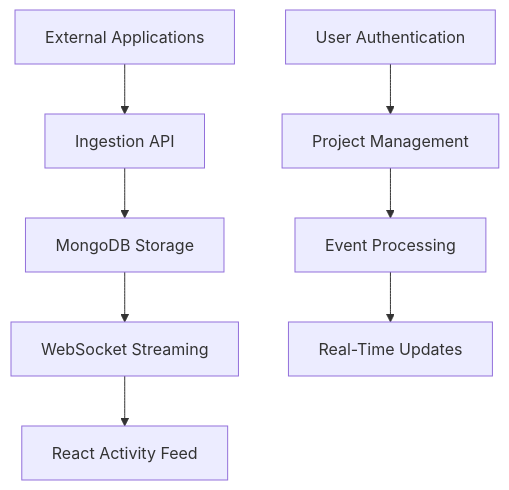
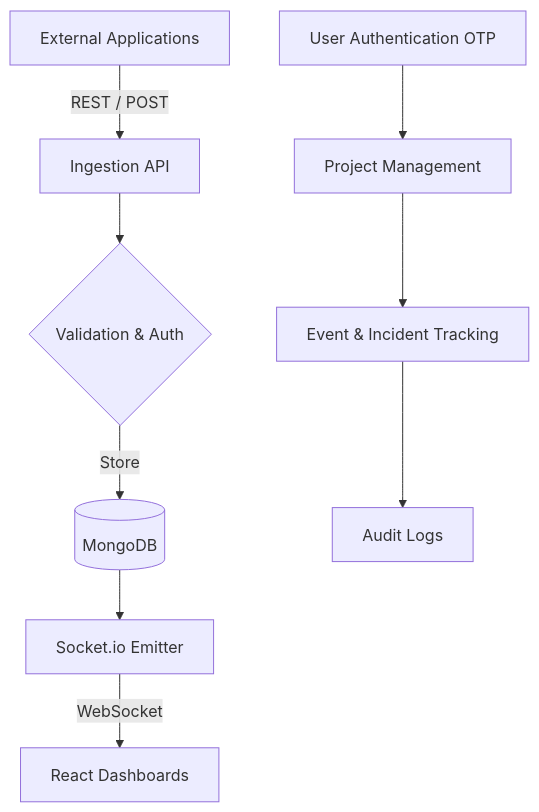
Before and after one commit to peeyushtyagi09/lastProject: the diagram in README.MD, drawn with Mermaid. The commit also changed other lines of this file, not shown here.

````diff
--- a/README.MD
+++ b/README.MD
@@ -71,11 +58,12 @@
 ```mermaid
 graph TB
-    A[External Applications] --> B[Ingestion API]
-    B --> C[MongoDB Storage]
-    C --> D[WebSocket Streaming]
-    D --> E[React Activity Feed]
+    A[External Applications] -->|REST / POST| B[Ingestion API]
+    B --> C{Validation & Auth}
+    C -->|Store| D[(MongoDB)]
+    D --> E[Socket.io Emitter]
+    E -->|WebSocket| F[React Dashboards]
     
-    F[User Authentication] --> G[Project Management]
-    G --> H[Event Processing]
-    H --> I[Real-Time Updates]
+    G[User Authentication OTP] --> H[Project Management]
+    H --> I[Event & Incident Tracking]
+    I --> J[Audit Logs]
 ```
````
